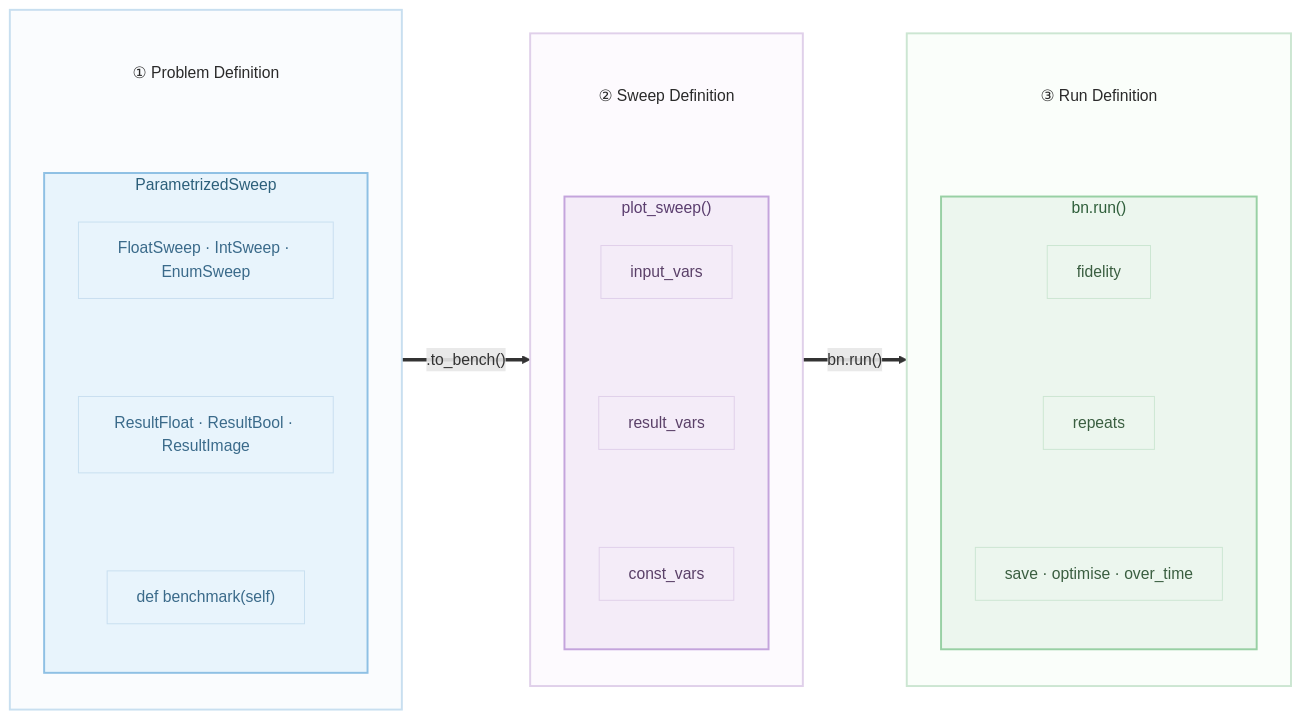
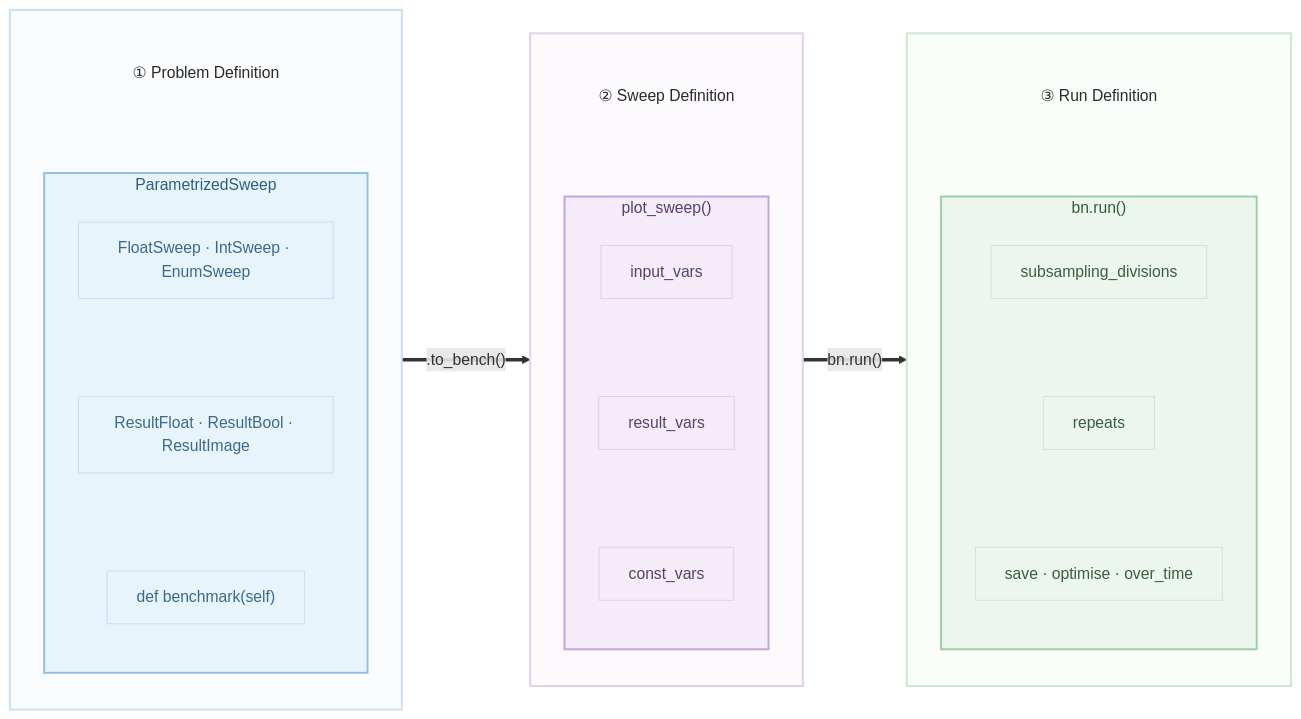
One commit to blooop/bencher changed the first of 2 diagrams in docs/concepts.md. Above: the diagram before and after it, drawn with Mermaid. The commit also changed other lines of this file and 60 other files, not shown here.

First line of the commit message:
Rename 'fidelity' to 'subsampling_divisions' and add UNSET sentinel for default detection

````diff
--- a/docs/concepts.md
+++ b/docs/concepts.md
@@ -53,60 +53,60 @@
 ```{mermaid}
 flowchart LR
     subgraph Problem [" "]
         direction TB
         PT["① Problem Definition"]
         subgraph PS ["ParametrizedSweep"]
             direction TB
             Inputs[FloatSweep · IntSweep · EnumSweep]
             Results[ResultFloat · ResultBool · ResultImage]
             Fn["def benchmark(self)"]
             Inputs ~~~ Results ~~~ Fn
         end
         PT ~~~ PS
     end
 
     subgraph Sweep [" "]
         direction TB
         ST["② Sweep Definition"]
         subgraph SW ["plot_sweep()"]
             direction TB
             IV[input_vars]
             RV[result_vars]
             CV[const_vars]
             IV ~~~ RV ~~~ CV
         end
         ST ~~~ SW
     end
 
     subgraph Run [" "]
         direction TB
         RT["③ Run Definition"]
         subgraph RN ["bn.run()"]
             direction TB
-            Level[fidelity]
+            Level[subsampling_divisions]
             Repeats[repeats]
             Opts[save · optimise · over_time]
             Level ~~~ Repeats ~~~ Opts
         end
         RT ~~~ RN
     end
 
     Problem == .to_bench() ==> Sweep == bn.run() ==> Run
 
     classDef title fill:none,stroke:none,color:#2a2a2a,font-size:16px
     classDef blueLight fill:#e8f4fc,stroke:#c8dff0,color:#3a6a8a
     classDef purpleLight fill:#f4ecf8,stroke:#e0d0ea,color:#5a4068
     classDef greenLight fill:#ecf6ee,stroke:#cce6d2,color:#3a5e40
 
     class PT,ST,RT title
     class Inputs,Results,Fn blueLight
     class IV,RV,CV purpleLight
     class Level,Repeats,Opts greenLight
 
     style Problem fill:#fafcfe,stroke:#c8dff0,stroke-width:2px
     style Sweep fill:#fdfafe,stroke:#e0d0ea,stroke-width:2px
     style Run fill:#fafefa,stroke:#cce6d2,stroke-width:2px
     style PS fill:#e8f4fc,stroke:#8ec0e4,stroke-width:2px,color:#2c5f7a
     style SW fill:#f4ecf8,stroke:#c4a4dc,stroke-width:2px,color:#5a3d6e
     style RN fill:#ecf6ee,stroke:#98d0a4,stroke-width:2px,color:#2e5e3a
 ```
````
